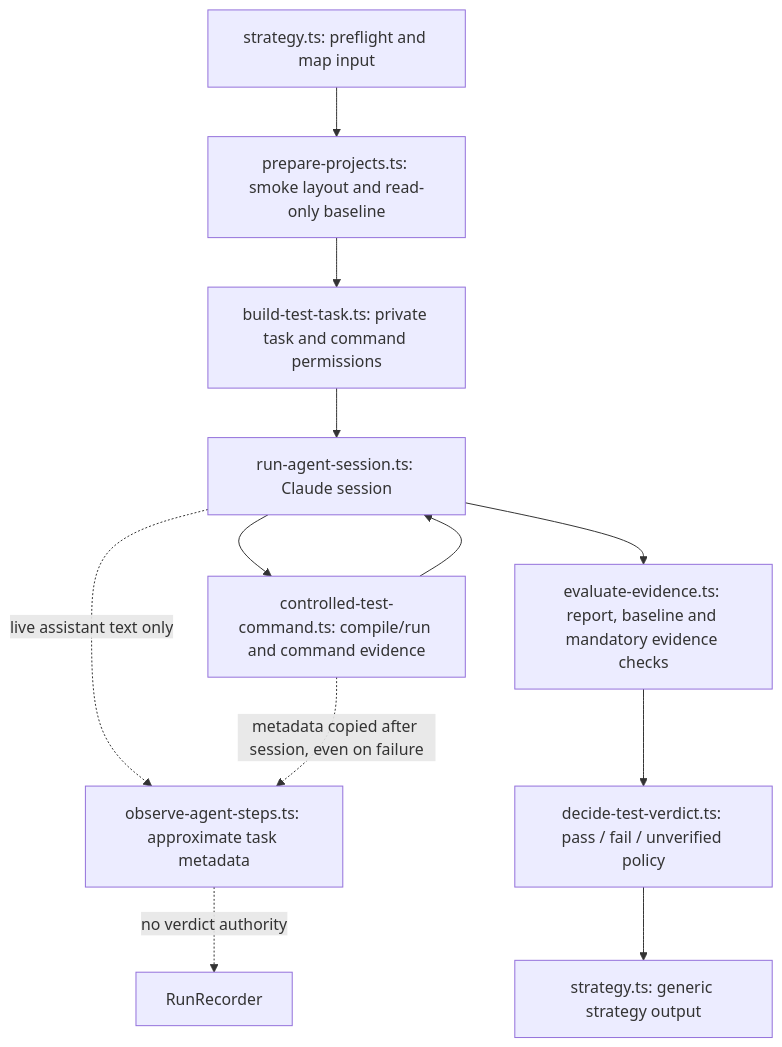
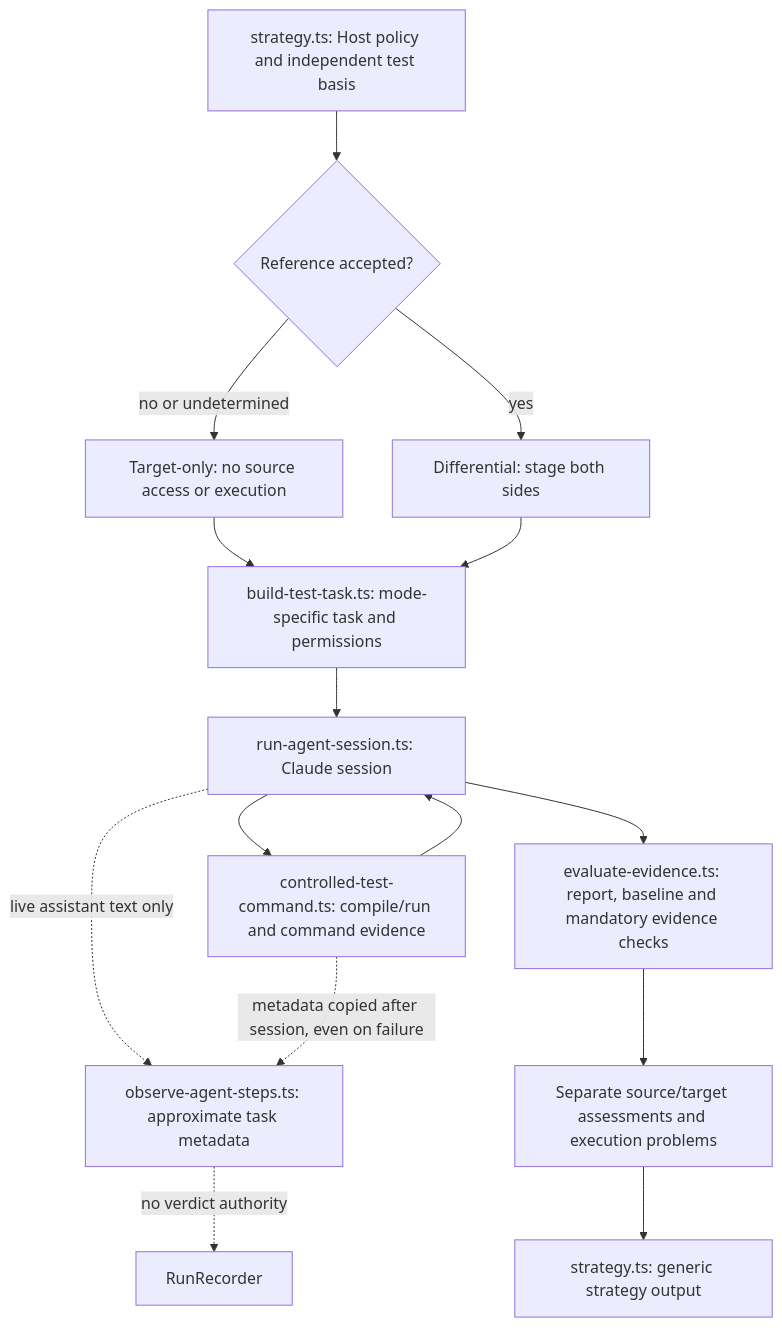
Before and after one commit to interfuckjuve/weichai: the second of 2 diagrams in services/translation-verifier/docs/flow.md, drawn with Mermaid. The commit also changed other lines of this file and 36 other files, not shown here.

First line of the commit message:
feat(verifier): separate assessments from execution outcomes

````diff
--- a/services/translation-verifier/docs/flow.md
+++ b/services/translation-verifier/docs/flow.md
@@ -24,14 +24,17 @@
 ```mermaid
 flowchart TD
-  M[strategy.ts: preflight and map input] --> P[prepare-projects.ts: smoke layout and read-only baseline]
-  P --> T[build-test-task.ts: private task and command permissions]
+  M[strategy.ts: Host policy and independent test basis] --> B{Reference accepted?}
+  B -->|yes| P[Differential: stage both sides]
+  B -->|no or undetermined| T0[Target-only: no source access or execution]
+  T0 --> T[build-test-task.ts: mode-specific task and permissions]
+  P --> T
   T --> A[run-agent-session.ts: Claude session]
   A --> C[controlled-test-command.ts: compile/run and command evidence]
   C --> A
   A --> E[evaluate-evidence.ts: report, baseline and mandatory evidence checks]
-  E --> D[decide-test-verdict.ts: pass / fail / unverified policy]
+  E --> D[Separate source/target assessments and execution problems]
   D --> O[strategy.ts: generic strategy output]
   A -. live assistant text only .-> Q[observe-agent-steps.ts: approximate task metadata]
   C -. metadata copied after session, even on failure .-> Q
   Q -. no verdict authority .-> R[RunRecorder]
 ```
````
